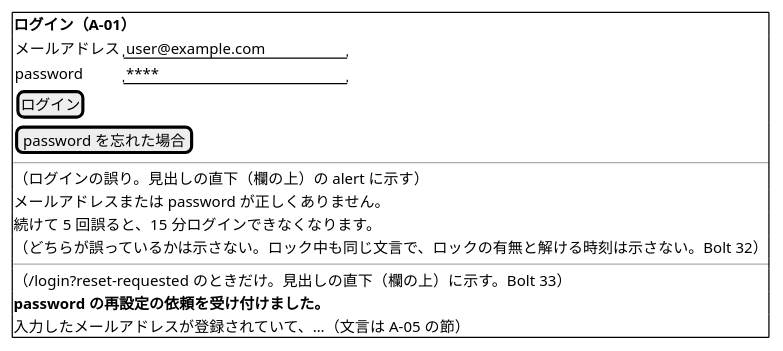
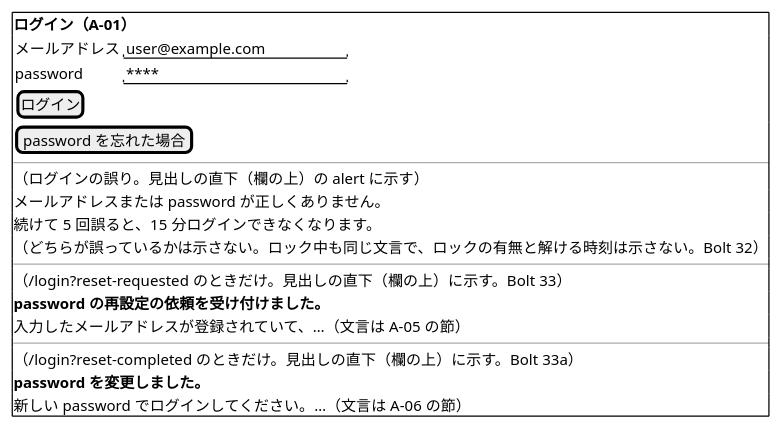
Before and after one commit to k2works/practical-domain-driven-design-in-enterpris-application: the eighth of 28 diagrams in docs/design/cargo-tracker/ui_design.md, drawn with PlantUML. The commit also changed other lines of this file and 12 other files, not shown here.

First line of the commit message:
docs(design): Bolt 33a の password の再設定（A-06）を設計文書に書く

````diff
--- a/docs/design/cargo-tracker/ui_design.md
+++ b/docs/design/cargo-tracker/ui_design.md
@@ -493,22 +502,26 @@
 ```plantuml
 @startsalt
 {+
   <b>ログイン（A-01）
   {
     メールアドレス | "user@example.com      "
     password       | "****                  "
     [ ログイン ]
   }
   [ password を忘れた場合 ]
   ---
   （ログインの誤り。見出しの直下（欄の上）の alert に示す）
   メールアドレスまたは password が正しくありません。
   続けて 5 回誤ると、15 分ログインできなくなります。
   （どちらが誤っているかは示さない。ロック中も同じ文言で、ロックの有無と解ける時刻は示さない。Bolt 32）
   ---
   （/login?reset-requested のときだけ。見出しの直下（欄の上）に示す。Bolt 33）
   <b>password の再設定の依頼を受け付けました。
   入力したメールアドレスが登録されていて、…（文言は A-05 の節）
+  ---
+  （/login?reset-completed のときだけ。見出しの直下（欄の上）に示す。Bolt 33a）
+  <b>password を変更しました。
+  新しい password でログインしてください。…（文言は A-06 の節）
 }
 @endsalt
 ```
````
